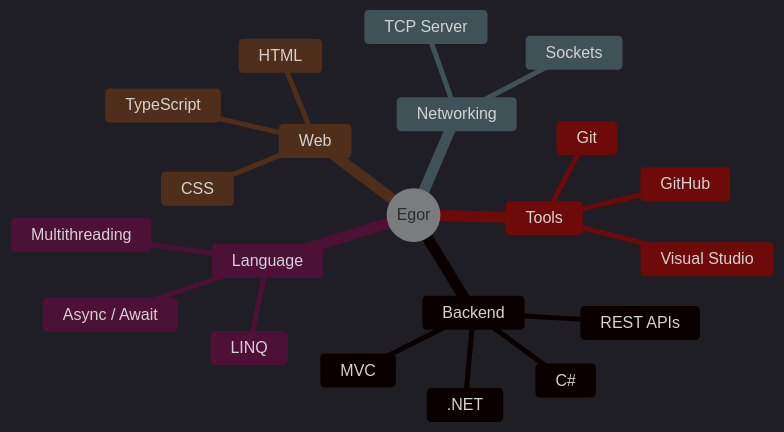
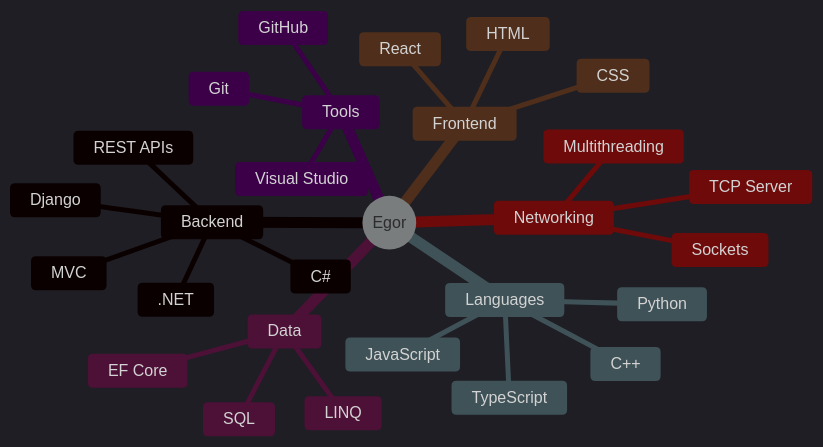
One commit to b1mq/b1mq changed the second of 2 diagrams in README.md. Above: the diagram before and after it, drawn with Mermaid. The commit also changed other lines of this file, not shown here.

````diff
--- a/README.md
+++ b/README.md
@@ -62,25 +69,32 @@
 ```mermaid
 %%{init: {'theme':'dark'}}%%
 mindmap
   root((Egor))
     Backend
       C#
       .NET
       REST APIs
       MVC
-    Language
+      Django
+    Data
+      SQL
+      EF Core
       LINQ
-      Async / Await
-      Multithreading
+    Languages
+      Python
+      C++
+      JavaScript
+      TypeScript
+    Frontend
+      React
+      HTML
+      CSS
     Networking
       TCP Server
       Sockets
-    Web
-      TypeScript
-      HTML
-      CSS
+      Multithreading
     Tools
       Git
       GitHub
       Visual Studio
 ```
````
